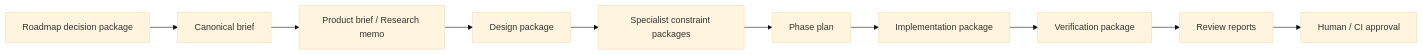
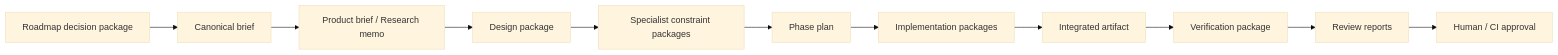
Before and after one commit to applicate2628/Orchestrarium: the third of 4 diagrams in references/operating-model-diagram.md, drawn with Mermaid (base theme). The commit also changed other lines of this file and 24 other files, not shown here.

````diff
--- a/references/operating-model-diagram.md
+++ b/references/operating-model-diagram.md
@@ -77,23 +83,25 @@
 ```mermaid
 flowchart LR
     R0["Roadmap decision package"]
     R1["Canonical brief"]
     R2["Product brief / Research memo"]
     R3["Design package"]
     R4["Specialist constraint packages"]
     R5["Phase plan"]
-    R6["Implementation package"]
-    R7["Verification package"]
-    R8["Review reports"]
-    R9["Human / CI approval"]
+    R6["Implementation packages"]
+    R7["Integrated artifact"]
+    R8["Verification package"]
+    R9["Review reports"]
+    R10["Human / CI approval"]
 
     R0 --> R1
     R1 --> R2
     R2 --> R3
     R3 --> R4
     R4 --> R5
     R5 --> R6
     R6 --> R7
     R7 --> R8
     R8 --> R9
+    R9 --> R10
 ```
````
